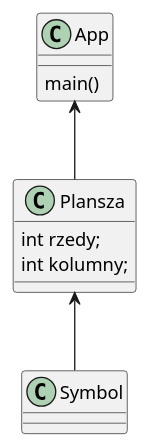
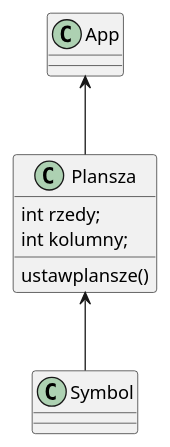
One commit to AnimaVilis209/inny changed the diagram in src/main/java/DK/IT/graf.puml. Above: the diagram before and after it, drawn with PlantUML. The commit also changed 1 other file, not shown here.

```diff
--- a/src/main/java/DK/IT/graf.puml
+++ b/src/main/java/DK/IT/graf.puml
@@ -1,12 +1,10 @@
 @startuml
-class App{
-    main()
-}
 
 class Plansza{
     int rzedy;
     int kolumny;
+    ustawplansze()
 }
 App<--Plansza
 Plansza<--Symbol
 @enduml
```
